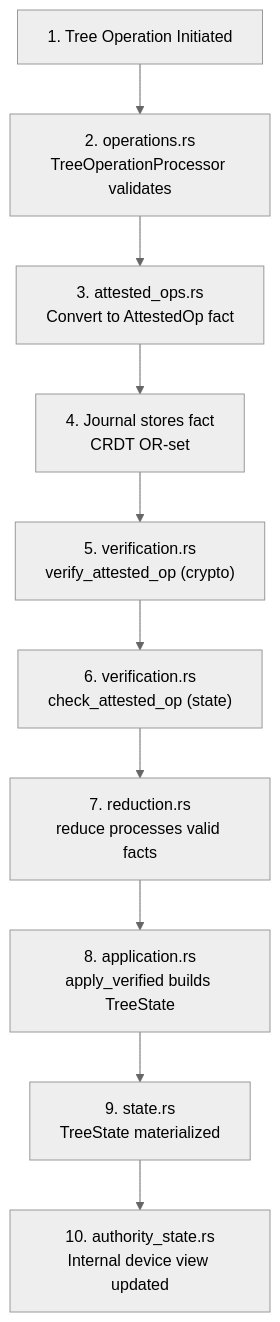
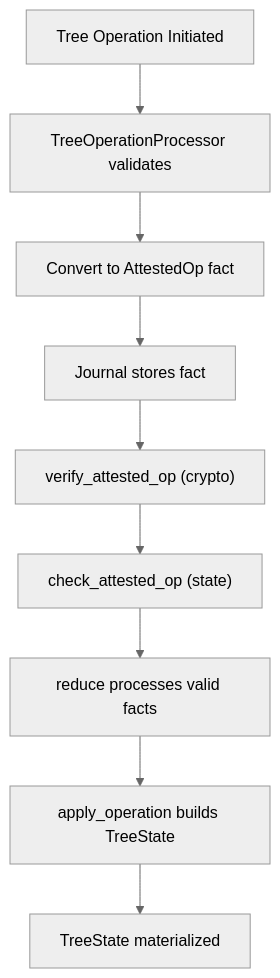
Before and after one commit to hxrts/aura: the second of 3 diagrams in docs/101_accounts_and_commitment_tree.md, drawn with Mermaid (neutral theme). The commit also changed other lines of this file and 29 other files, not shown here.

````diff
--- a/docs/101_accounts_and_commitment_tree.md
+++ b/docs/101_accounts_and_commitment_tree.md
@@ -280,23 +355,21 @@
 ```mermaid
 graph TD
-    A["1. Tree Operation Initiated"]
-    B["2. operations.rs<br/>TreeOperationProcessor validates"]
-    C["3. attested_ops.rs<br/>Convert to AttestedOp fact"]
-    D["4. Journal stores fact<br/>CRDT OR-set"]
-    E["5. verification.rs<br/>verify_attested_op (crypto)"]
-    F["6. verification.rs<br/>check_attested_op (state)"]
-    G["7. reduction.rs<br/>reduce processes valid facts"]
-    H["8. application.rs<br/>apply_verified builds TreeState"]
-    I["9. state.rs<br/>TreeState materialized"]
-    J["10. authority_state.rs<br/>Internal device view updated"]
+    A["Tree Operation Initiated"]
+    B["TreeOperationProcessor validates"]
+    C["Convert to AttestedOp fact"]
+    D["Journal stores fact"]
+    E["verify_attested_op (crypto)"]
+    F["check_attested_op (state)"]
+    G["reduce processes valid facts"]
+    H["apply_operation builds TreeState"]
+    I["TreeState materialized"]
 
     A --> B
     B --> C
     C --> D
     D --> E
     E --> F
     F --> G
     G --> H
     H --> I
-    I --> J
 ```
````
